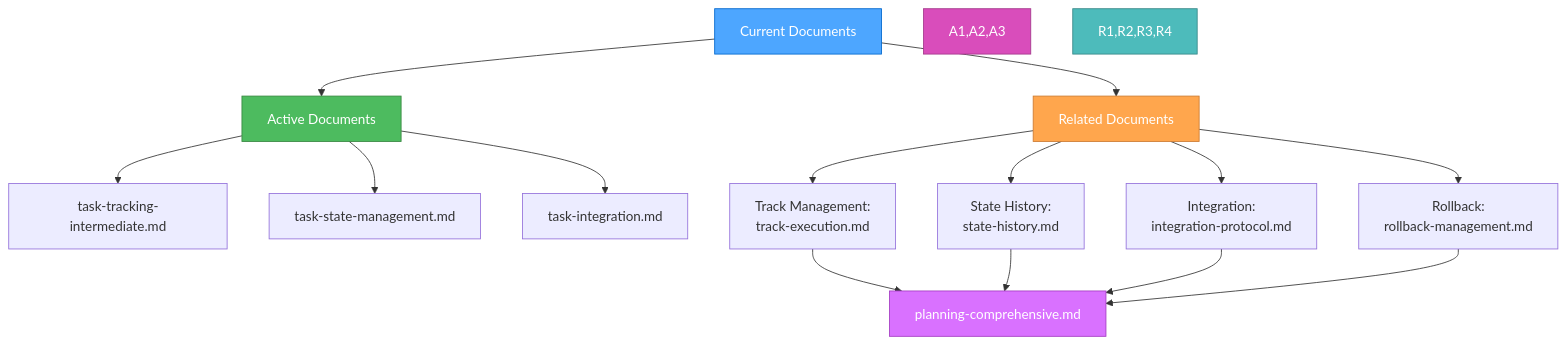
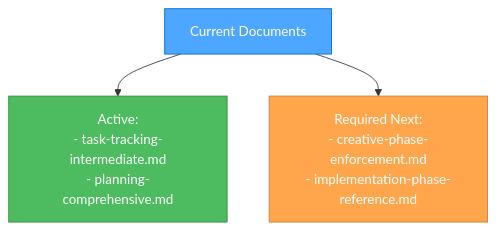
Before and after one commit to 7Spade/cursor-memory-bank: the fourth of 4 diagrams in .cursor/rules/isolation_rules/Level3/task-tracking-intermediate.mdc, drawn with Mermaid. The commit also changed other lines of this file and 4 other files, not shown here.

Commit message:
feat: Revise creative phase enforcement and metrics documentation; streamline task tracking processes, enhance verification protocols, and update task entry templates to improve clarity and efficiency in project management.

````diff
--- a/.cursor/rules/isolation_rules/Level3/task-tracking-intermediate.mdc
+++ b/.cursor/rules/isolation_rules/Level3/task-tracking-intermediate.mdc
@@ -307,26 +127,9 @@
 ```mermaid
 graph TD
-    Current["Current Documents"] --> Active["Active Documents"]
-    Current --> Related["Related Documents"]
-    
-    Active --> A1["task-tracking-intermediate.md"]
-    Active --> A2["task-state-management.md"]
-    Active --> A3["task-integration.md"]
-    
-    Related --> R1["Track Management:<br>track-execution.md"]
-    Related --> R2["State History:<br>state-history.md"]
-    Related --> R3["Integration:<br>integration-protocol.md"]
-    Related --> R4["Rollback:<br>rollback-management.md"]
-    
-    R1 --> T1["planning-comprehensive.md"]
-    R2 --> T1
-    R3 --> T1
-    R4 --> T1
+    Current["Current Documents"] --> Active["Active:<br>- task-tracking-intermediate.md<br>- planning-comprehensive.md"]
+    Current --> Required["Required Next:<br>- creative-phase-enforcement.md<br>- implementation-phase-reference.md"]
     
     style Current fill:#4da6ff,stroke:#0066cc,color:white
     style Active fill:#4dbb5f,stroke:#36873f,color:white
-    style Related fill:#ffa64d,stroke:#cc7a30,color:white
-    style A1,A2,A3 fill:#d94dbb,stroke:#a3378a,color:white
-    style R1,R2,R3,R4 fill:#4dbbbb,stroke:#368787,color:white
-    style T1 fill:#d971ff,stroke:#a33bc2,color:white
+    style Required fill:#ffa64d,stroke:#cc7a30,color:white
 ``` 
````
